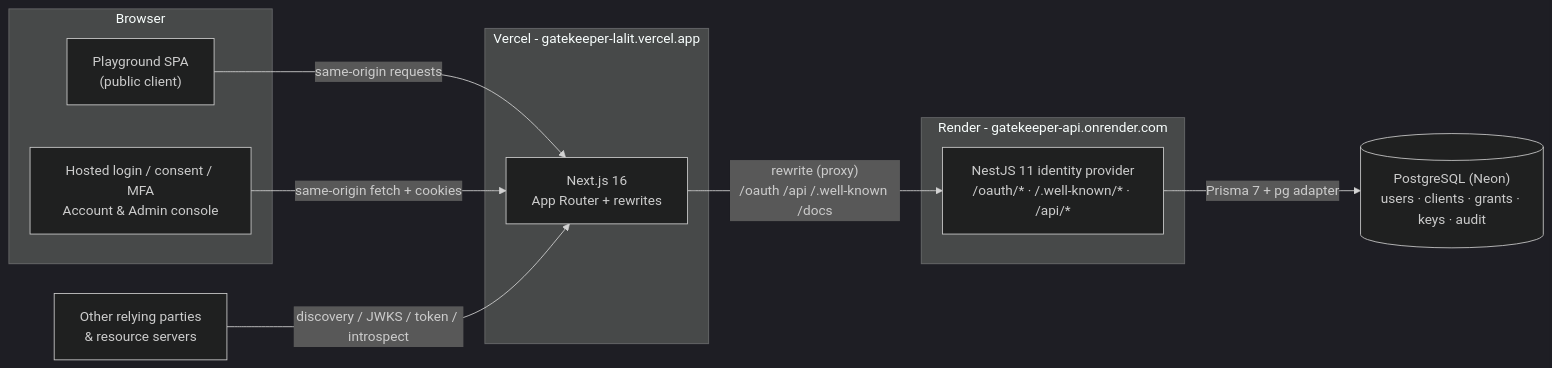
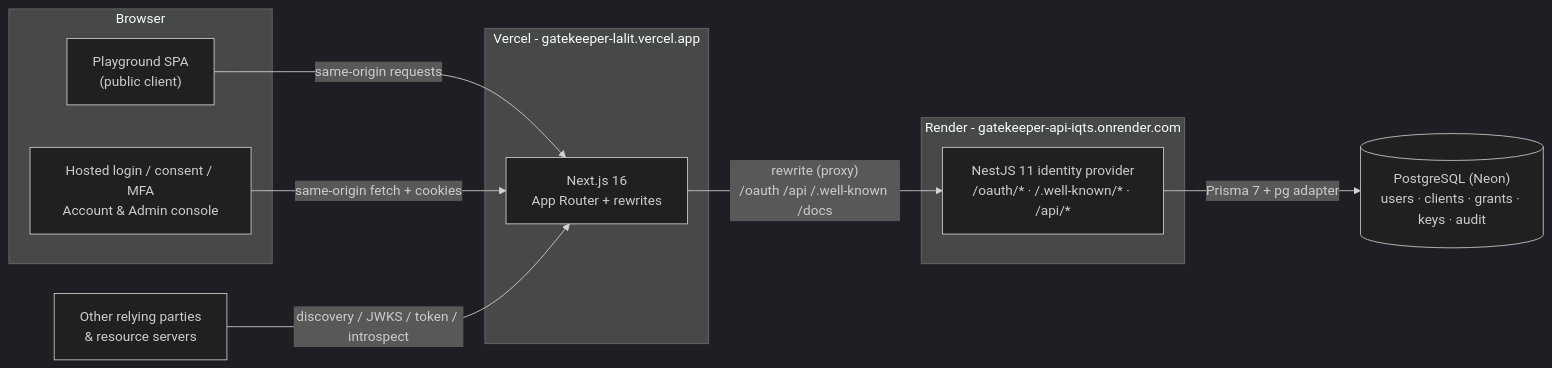
Before and after one commit to rajak312/gatekeeper: the first of 2 diagrams in README.md, drawn with Mermaid (dark theme). The commit also changed other lines of this file and 2 other files, not shown here.

Commit message:
Point docs at the deployed API host

````diff
--- a/README.md
+++ b/README.md
@@ -76,21 +76,21 @@
 ```mermaid
 flowchart LR
     subgraph Browser
       RP["Playground SPA<br/>(public client)"]
       UI["Hosted login / consent / MFA<br/>Account & Admin console"]
     end
     subgraph Vercel["Vercel - gatekeeper-lalit.vercel.app"]
       NEXT["Next.js 16<br/>App Router + rewrites"]
     end
-    subgraph Render["Render - gatekeeper-api.onrender.com"]
+    subgraph Render["Render - gatekeeper-api-iqts.onrender.com"]
       API["NestJS 11 identity provider<br/>/oauth/* · /.well-known/* · /api/*"]
     end
     DB[("PostgreSQL (Neon)<br/>users · clients · grants · keys · audit")]
     EXT["Other relying parties<br/>& resource servers"]
 
     RP -- "same-origin requests" --> NEXT
     UI -- "same-origin fetch + cookies" --> NEXT
     NEXT -- "rewrite (proxy)<br/>/oauth /api /.well-known /docs" --> API
     API -- "Prisma 7 + pg adapter" --> DB
     EXT -- "discovery / JWKS / token / introspect" --> NEXT
 ```
````
